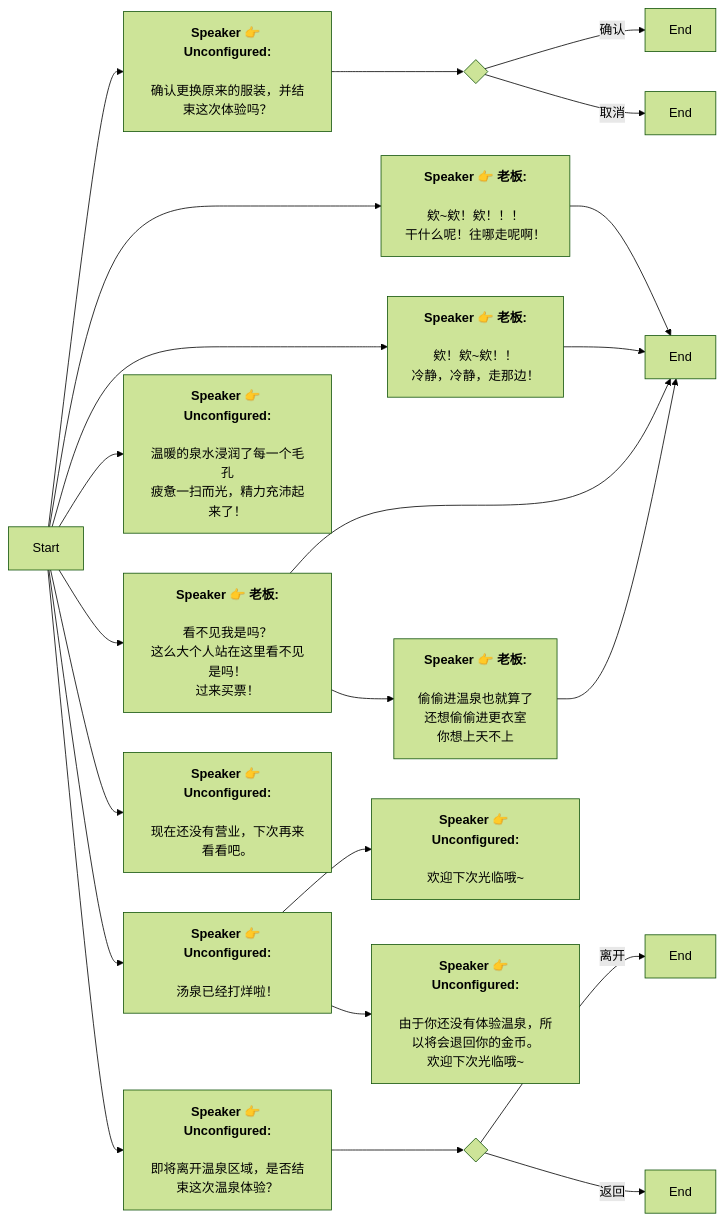
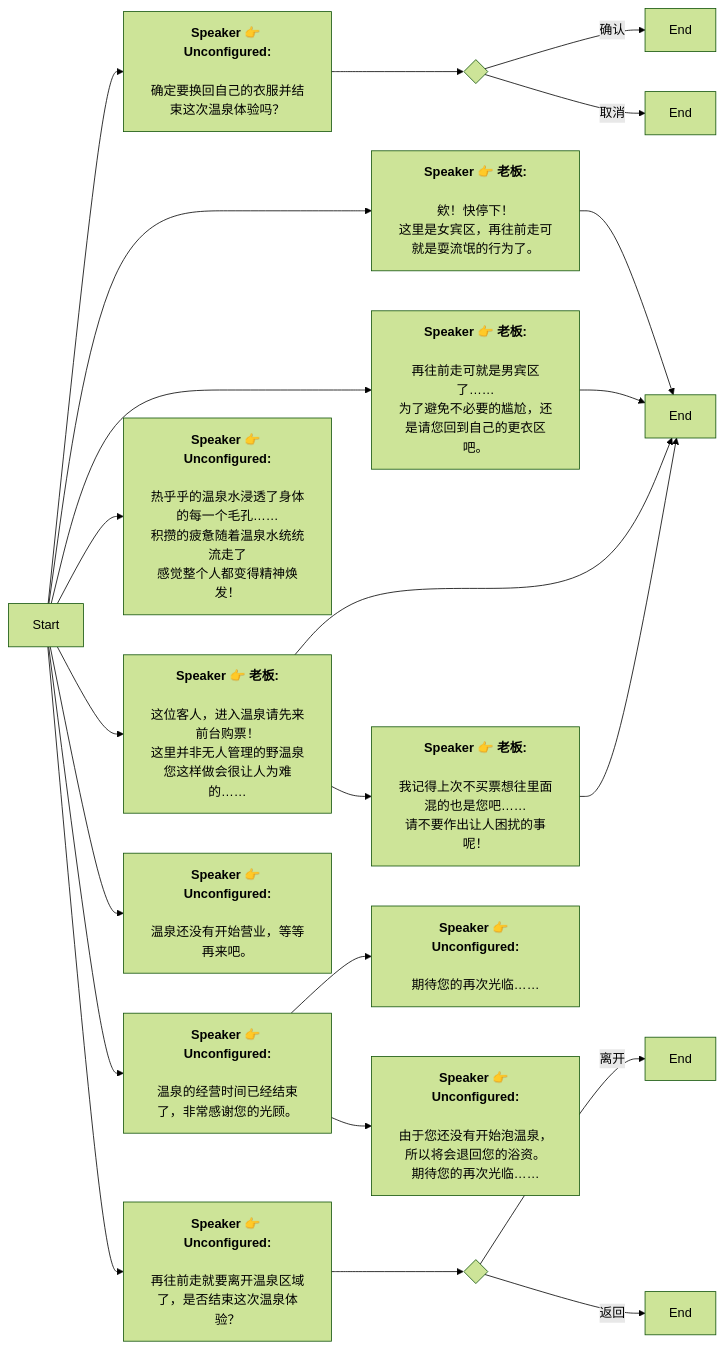
One commit to SoftHu/tos_avg changed the diagram in Zh/HotSpringTip.md. Above: the diagram before and after it, drawn with Mermaid (forest theme). The commit also changed 228 other files, not shown here.

````diff
--- a/Zh/HotSpringTip.md
+++ b/Zh/HotSpringTip.md
@@ -1,55 +1,55 @@
 ```mermaid
 graph LR
 Start -->1766836454846372[<b>Speaker 👉 Unconfigured:</b>
 
-确认更换原来的服装，并结束这次体验吗？]
+确定要换回自己的衣服并结束这次温泉体验吗？]
 1766836454846372 -->1766836545220517{ }
 1766836545220517 -->|确认|1766836562522026[End]
 1766836545220517 -->|取消|1766836566630315[End]
 Start -->1766852287585140[<b>Speaker 👉 老板:</b>
 
-欸~欸！欸！！！
-干什么呢！往哪走呢啊！]
+欸！快停下！
+这里是女宾区，再往前走可就是耍流氓的行为了。]
 1766852287585140 -->1766852287585141[End]
 Start -->1766852287586167[<b>Speaker 👉 老板:</b>
 
-欸！欸~欸！！
-冷静，冷静，走那边！]
+再往前走可就是男宾区了……
+为了避免不必要的尴尬，还是请您回到自己的更衣区吧。]
 1766852287586167 -->1766852287585141[End]
 Start -->1766852287587193[<b>Speaker 👉 老板:</b>
 
-看不见我是吗？
-这么大个人站在这里看不见是吗！
-过来买票！]
+这位客人，进入温泉请先来前台购票！
+这里并非无人管理的野温泉
+您这样做会很让人为难的……]
 1766852287587193 -->1766852287585141[End]
 1766852287587193 -->1767554932649846[<b>Speaker 👉 老板:</b>
 
-偷偷进温泉也就算了
-还想偷偷进更衣室
-你想上天不上]
+我记得上次不买票想往里面混的也是您吧……
+请不要作出让人困扰的事呢！]
 1767554932649846 -->1766852287585141[End]
 Start -->1766918374598516[<b>Speaker 👉 Unconfigured:</b>
 
-即将离开温泉区域，是否结束这次温泉体验？]
+再往前走就要离开温泉区域了，是否结束这次温泉体验？]
 1766918374598516 -->1766918444977013{ }
 1766918444977013 -->|离开|1766918461645690[End]
 1766918444977013 -->|返回|1766918461645691[End]
 Start -->1767362903380854[<b>Speaker 👉 Unconfigured:</b>
 
-温暖的泉水浸润了每一个毛孔
-疲惫一扫而光，精力充沛起来了！]
+热乎乎的温泉水浸透了身体的每一个毛孔……
+积攒的疲惫随着温泉水统统流走了
+感觉整个人都变得精神焕发！]
 Start -->1767390022138742[<b>Speaker 👉 Unconfigured:</b>
 
-汤泉已经打烊啦！]
+温泉的经营时间已经结束了，非常感谢您的光顾。]
 1767390022138742 -->1767393921749878[<b>Speaker 👉 Unconfigured:</b>
 
-欢迎下次光临哦~]
+期待您的再次光临……]
 1767390022138742 -->1767393960097655[<b>Speaker 👉 Unconfigured:</b>
 
-由于你还没有体验温泉，所以将会退回你的金币。
-欢迎下次光临哦~]
+由于您还没有开始泡温泉，所以将会退回您的浴资。
+期待您的再次光临……]
 Start -->1767391865579382[<b>Speaker 👉 Unconfigured:</b>
 
-现在还没有营业，下次再来看看吧。]
+温泉还没有开始营业，等等再来吧。]
 
  ```
````
